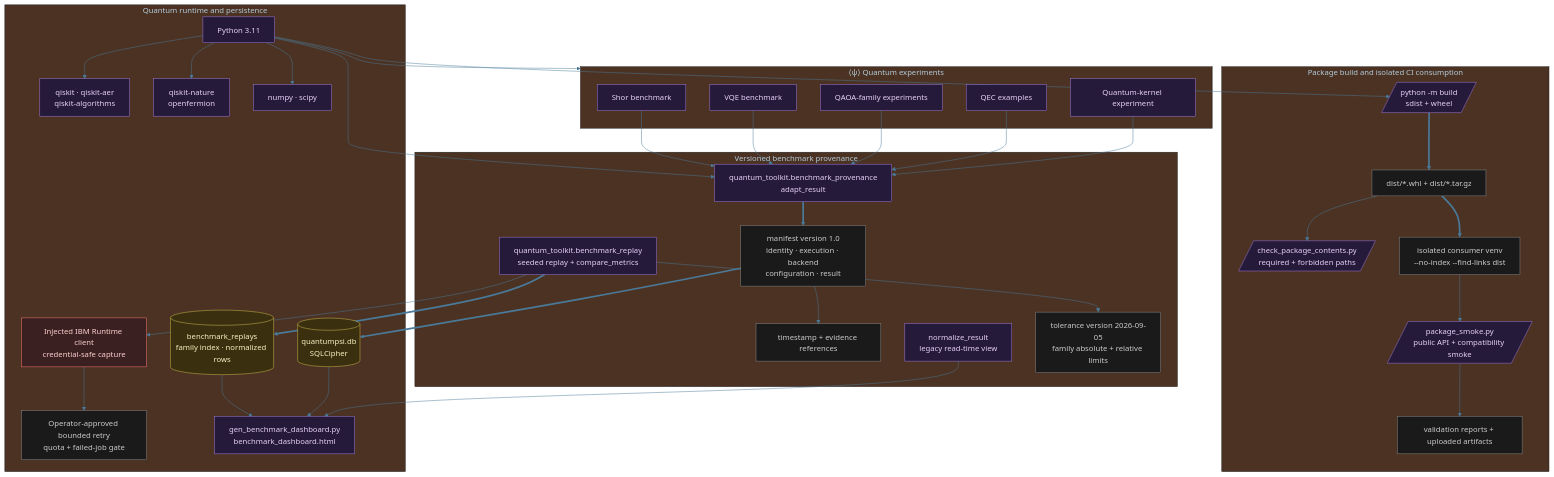
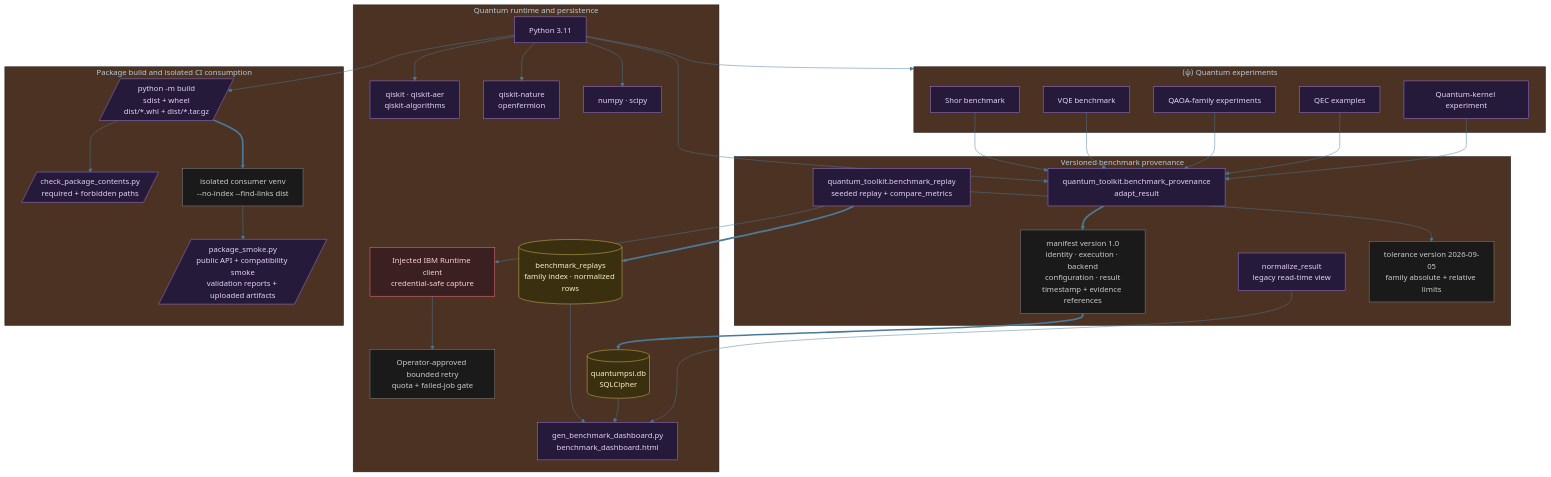
The diagram in diagrams/quantum-tech-stack.mmd (tylerdrakemusic/Quantum), drawn with Mermaid before and after one commit.

Commit message:
fix quantum tech stack diagram budget

```diff
--- a/diagrams/quantum-tech-stack.mmd
+++ b/diagrams/quantum-tech-stack.mmd
@@ -1,56 +1,52 @@
 %%{init: {'theme': 'base', 'themeVariables': {'primaryColor': '#1a2e3a', 'primaryTextColor': '#d0ecf8', 'edgeLabelBackground': '#0f1318', 'lineColor': '#4a7a9a'}}}%%
 graph TB
     subgraph Experiments["⟨ψ⟩ Quantum experiments"]
         Shor[Shor benchmark]:::quantum
         VQE[VQE benchmark]:::quantum
         QAOA[QAOA-family experiments]:::quantum
         QEC[QEC examples]:::quantum
         Kernel[Quantum-kernel experiment]:::quantum
     end
     subgraph Provenance["Versioned benchmark provenance"]
         Adapter[quantum_toolkit.benchmark_provenance<br/>adapt_result]:::quantum
         Replay[quantum_toolkit.benchmark_replay<br/>seeded replay + compare_metrics]:::quantum
-        Manifest[manifest version 1.0<br/>identity · execution · backend<br/>configuration · result]:::state
-        Evidence[timestamp + evidence references]:::state
+        Manifest[manifest version 1.0<br/>identity · execution · backend<br/>configuration · result<br/>timestamp + evidence references]:::state
         Legacy[normalize_result<br/>legacy read-time view]:::quantum
         Tolerance[tolerance version 2026-09-05<br/>family absolute + relative limits]:::state
     end
     subgraph Runtime["Quantum runtime and persistence"]
         Python[Python 3.11]:::quantum
         Qiskit[qiskit · qiskit-aer<br/>qiskit-algorithms]:::quantum
         Chem[qiskit-nature<br/>openfermion]:::quantum
         Numpy[numpy · scipy]:::quantum
         IBMRuntime[Injected IBM Runtime client<br/>credential-safe capture]:::ext
         Resubmit[Operator-approved bounded retry<br/>quota + failed-job gate]:::state
         Database[(quantumpsi.db<br/>SQLCipher)]:::db
         ReplayTable[(benchmark_replays<br/>family index · normalized rows)]:::db
         Dashboard[gen_benchmark_dashboard.py<br/>benchmark_dashboard.html]:::quantum
     end
     subgraph Distribution["Package build and isolated CI consumption"]
-        PackageBuild[/python -m build<br/>sdist + wheel/]:::quantum
-        Distributions[dist/*.whl + dist/*.tar.gz]:::state
+        PackageBuild[/python -m build<br/>sdist + wheel<br/>dist/*.whl + dist/*.tar.gz/]:::quantum
         ContentCheck[/check_package_contents.py<br/>required + forbidden paths/]:::quantum
         ConsumerVenv[isolated consumer venv<br/>--no-index --find-links dist]:::state
-        ApiSmoke[/package_smoke.py<br/>public API + compatibility smoke/]:::quantum
-        ValidationReports[validation reports + uploaded artifacts]:::state
+        ApiSmoke[/package_smoke.py<br/>public API + compatibility smoke<br/>validation reports + uploaded artifacts/]:::quantum
     end
     Shor --> Adapter; VQE --> Adapter; QAOA --> Adapter; QEC --> Adapter; Kernel --> Adapter
     Python --> Experiments; Python --> Adapter; Python --> Qiskit; Python --> Chem; Python --> Numpy
     Python --> PackageBuild
-    PackageBuild ==> Distributions
-    Distributions --> ContentCheck
-    Distributions ==> ConsumerVenv
-    ConsumerVenv --> ApiSmoke --> ValidationReports
-    Adapter ==> Manifest; Manifest --> Evidence; Manifest ==> Database
+    PackageBuild --> ContentCheck
+    PackageBuild ==> ConsumerVenv
+    ConsumerVenv --> ApiSmoke
+    Adapter ==> Manifest; Manifest ==> Database
     Replay --> Tolerance; Replay --> IBMRuntime --> Resubmit; Replay ==> ReplayTable --> Dashboard
     Database --> Dashboard; Legacy --> Dashboard
 
 classDef life     fill:#1a2e3a,stroke:#6ab4d4,color:#d0ecf8
 classDef music    fill:#3a1a24,stroke:#d47a8f,color:#f8d0dc
 classDef quantum  fill:#251a3a,stroke:#a07adf,color:#e8d0f8
 classDef manifest fill:#3a2e1a,stroke:#d4a96a,color:#f8ead0
 classDef ws       fill:#1a3a30,stroke:#6ad4b4,color:#d0f8ee
 classDef tyler    fill:#2a1a3a,stroke:#9e4aff,color:#fff
 classDef ext      fill:#3a2020,stroke:#ff7a7a,color:#ffd0d0
 classDef db       fill:#3a3010,stroke:#d4c050,color:#f8f0c0
 classDef state    fill:#1a1a1a,stroke:#888888,color:#cccccc
```
